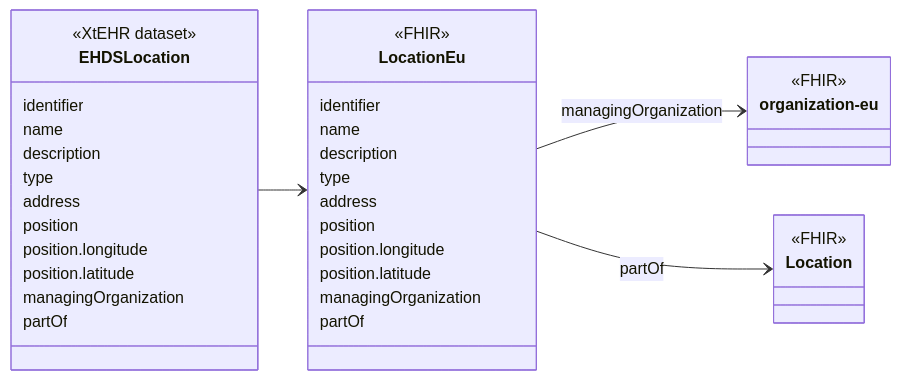
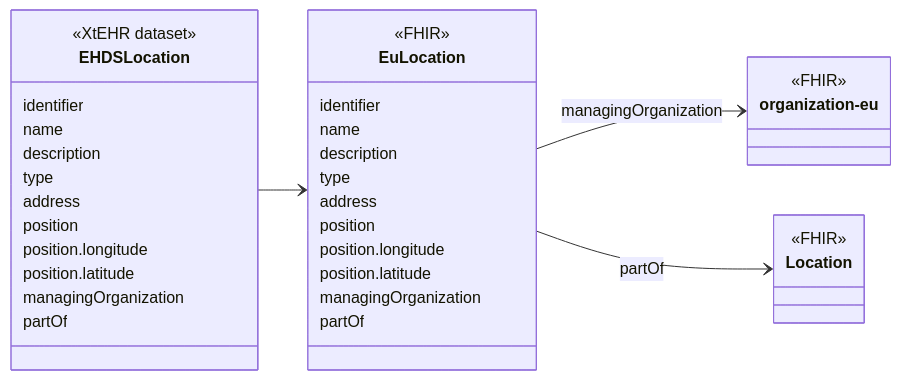
One commit to oijauregui/ehdsimaging changed the diagram in new/input/intro-notes/ConceptMap-EHDSLocationMap-intro.md. Above: the diagram before and after it, drawn with Mermaid. The commit also changed 162 other files, not shown here.

````diff
--- a/new/input/intro-notes/ConceptMap-EHDSLocationMap-intro.md
+++ b/new/input/intro-notes/ConceptMap-EHDSLocationMap-intro.md
@@ -5,41 +5,41 @@
 ```mermaid
 classDiagram
 direction LR
 class EHDSLocation {
   <<XtEHR dataset>>
   identifier
   name
   description
   type
   address
   position
   position.longitude
   position.latitude
   managingOrganization
   partOf
 }
 link EHDSLocation "https://build.fhir.org/ig/Xt-EHR/xt-ehr-common/StructureDefinition-EHDSLocation.html"
-class LocationEu{
+class EuLocation{
   <<FHIR>>
   identifier
   name
   description
   type
   address
   position
   position.longitude
   position.latitude
   managingOrganization
   partOf
 }
 
 class organization-eu {
   <<FHIR>>
 }
 class Location {
   <<FHIR>>
 }
-EHDSLocation --> LocationEu
-LocationEu --> organization-eu : managingOrganization
-LocationEu --> Location : partOf
+EHDSLocation --> EuLocation
+EuLocation --> organization-eu : managingOrganization
+EuLocation --> Location : partOf
 ```
````
